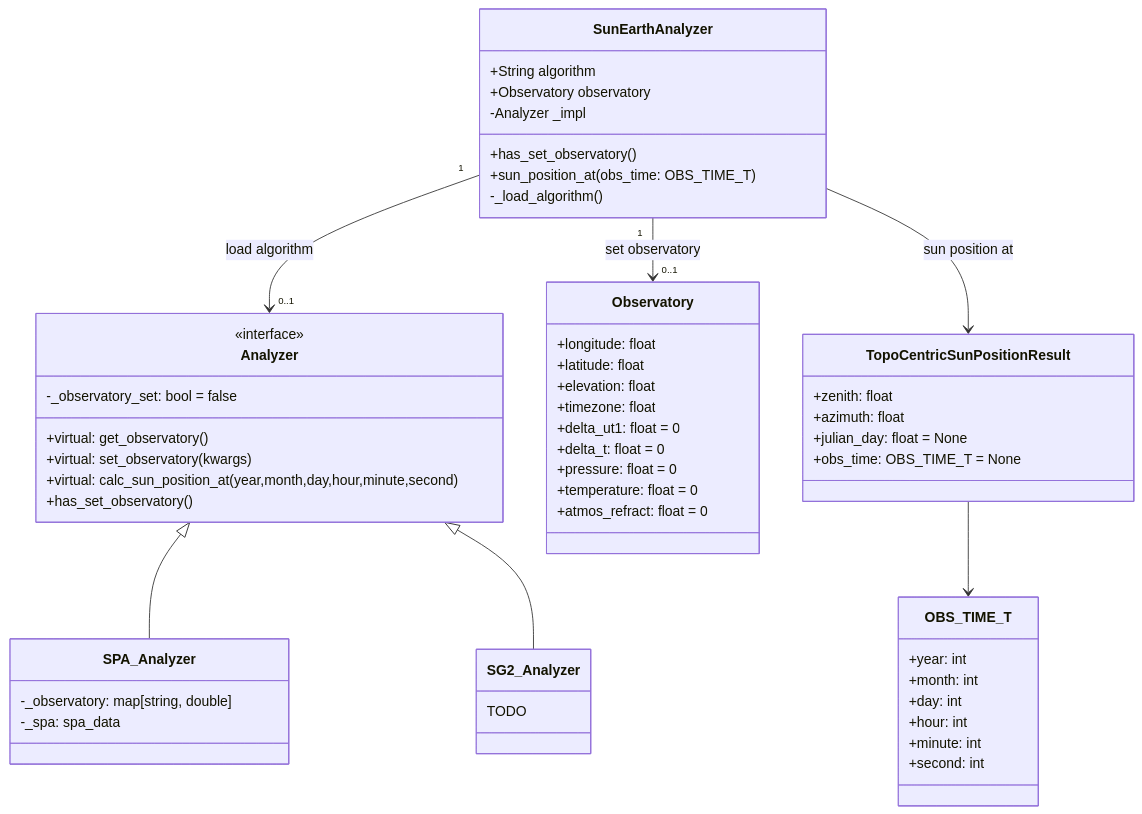
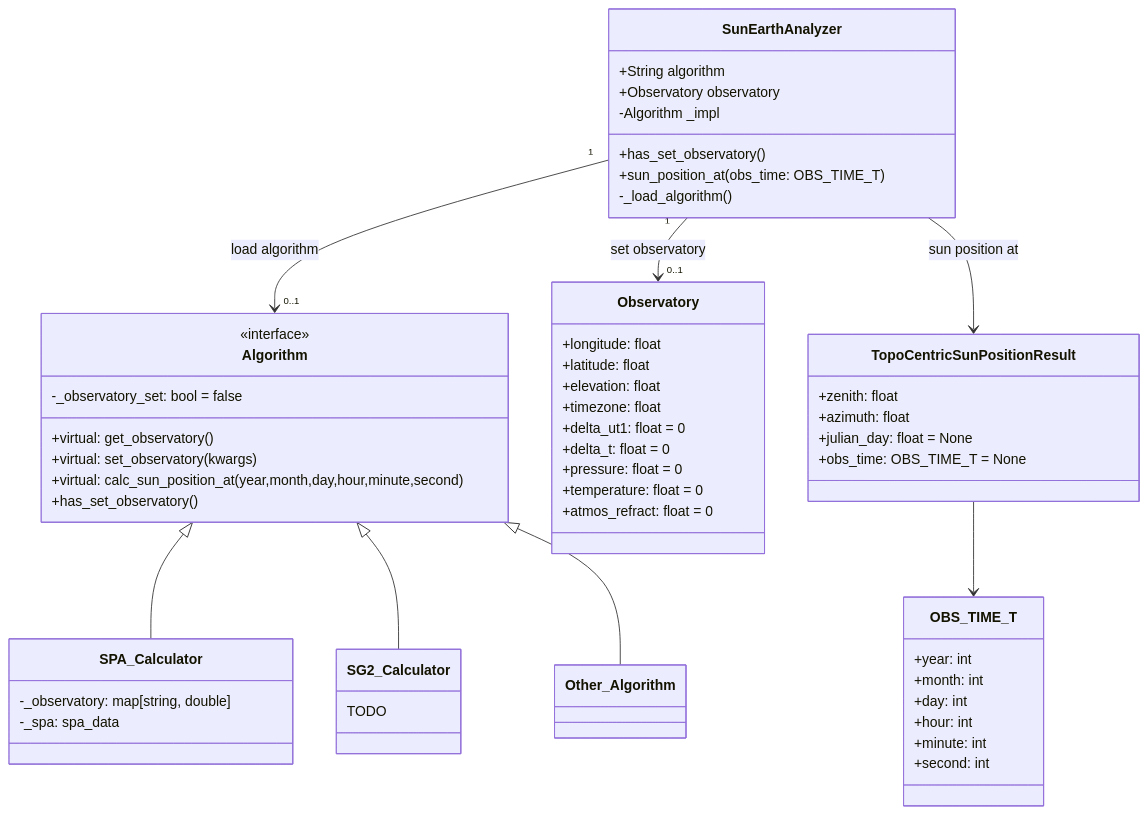
One commit to mikesongming/SE-Geometry changed the third of 3 diagrams in docs/dev-guide/dev-guide.md. Above: the diagram before and after it, drawn with Mermaid. The commit also changed other lines of this file and 6 other files, not shown here.

Commit message:
Rename: Analyzer -> Algorithm, SPA_Analyzer -> SPA_Calculator

````diff
--- a/docs/dev-guide/dev-guide.md
+++ b/docs/dev-guide/dev-guide.md
@@ -95,59 +95,60 @@
 ``` mermaid
 classDiagram
-    SunEarthAnalyzer "1" --> "0..1" Analyzer: load algorithm
+    SunEarthAnalyzer "1" --> "0..1" Algorithm: load algorithm
     SunEarthAnalyzer "1" --> "0..1" Observatory: set observatory
     SunEarthAnalyzer --> TopoCentricSunPositionResult: sun position at
-    Analyzer <|-- SPA_Analyzer
-    Analyzer <|-- SG2_Analyzer
+    Algorithm <|-- SPA_Calculator
+    Algorithm <|-- SG2_Calculator
+    Algorithm <|-- Other_Algorithm
     TopoCentricSunPositionResult --> OBS_TIME_T
     class SunEarthAnalyzer {
         +String algorithm
         +Observatory observatory
-        -Analyzer _impl
+        -Algorithm _impl
         +has_set_observatory()
         +sun_position_at(obs_time: OBS_TIME_T)
         -_load_algorithm()
     }
-    class Analyzer {
+    class Algorithm {
         -_observatory_set: bool = false
         +virtual: get_observatory()
         +virtual: set_observatory(kwargs)
         +virtual: calc_sun_position_at(year,month,day,hour,minute,second)
         +has_set_observatory()
     }
-    <<interface>> Analyzer
-    class SPA_Analyzer {
+    <<interface>> Algorithm
+    class SPA_Calculator {
         -_observatory: map[string, double]
         -_spa: spa_data
 
     }
-    class SG2_Analyzer {
+    class SG2_Calculator {
         TODO
     }
     class Observatory {
         +longitude: float
         +latitude: float
         +elevation: float
         +timezone: float
         +delta_ut1: float = 0
         +delta_t: float = 0
         +pressure: float = 0
         +temperature: float = 0
         +atmos_refract: float = 0
     }
 
     class OBS_TIME_T {
         +year: int
         +month: int
         +day: int
         +hour: int
         +minute: int
         +second: int
     }
     class TopoCentricSunPositionResult {
         +zenith: float
         +azimuth: float
         +julian_day: float = None
         +obs_time: OBS_TIME_T = None
     }
 ```
````
